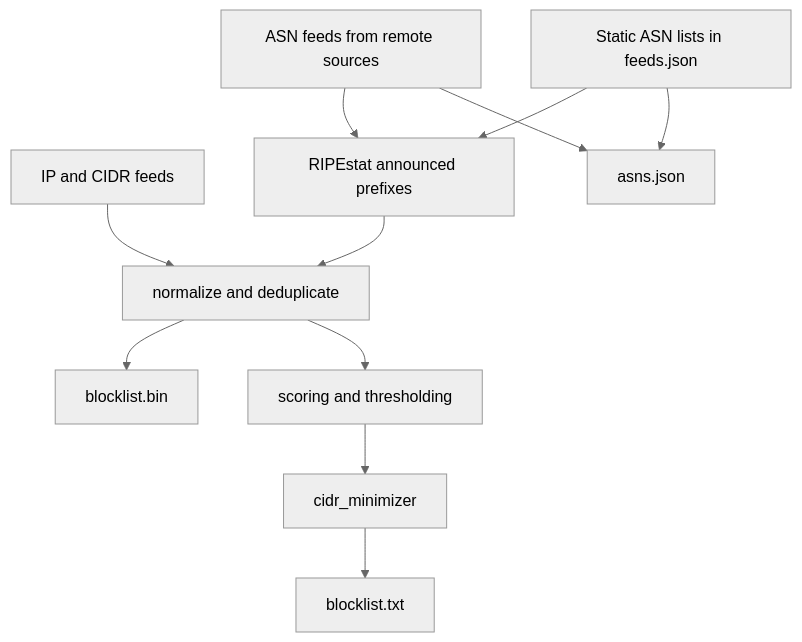
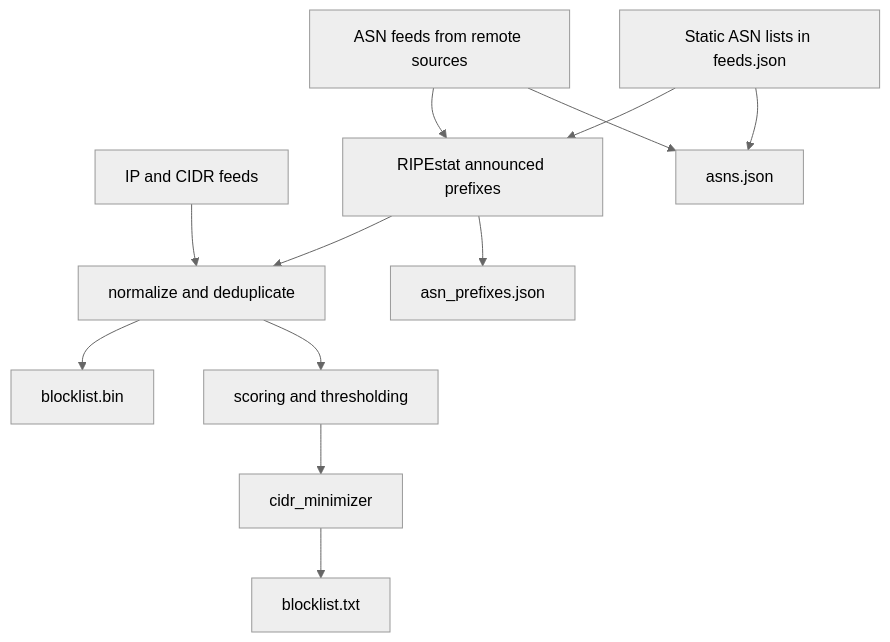
Before and after one commit to tn3w/IPBlocklist: the second of 2 diagrams in README.md, drawn with Mermaid (neutral theme). The commit also changed other lines of this file, not shown here.

Commit message:
docs: Added asn_prefixes.json to the mermaid visualizations

````diff
--- a/README.md
+++ b/README.md
@@ -76,13 +77,14 @@
 ```mermaid
 flowchart TD
     A[IP and CIDR feeds] --> D[normalize and deduplicate]
     B[ASN feeds from remote sources] --> C[RIPEstat announced prefixes]
     S[Static ASN lists in feeds.json] --> C
     C --> D
+    C --> AP[asn_prefixes.json]
     S --> J[asns.json]
     B --> J
     D --> E[blocklist.bin]
     D --> F[scoring and thresholding]
     F --> G[cidr_minimizer]
     G --> H[blocklist.txt]
 ```
````
